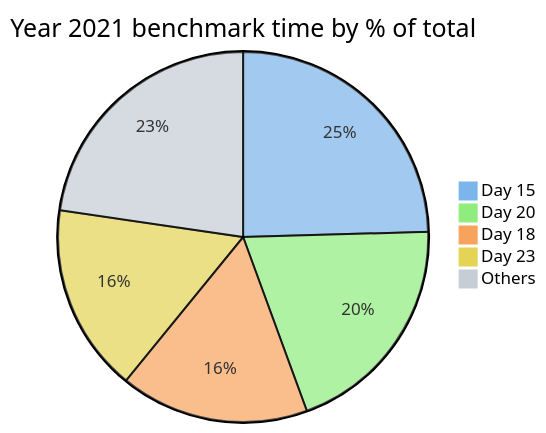
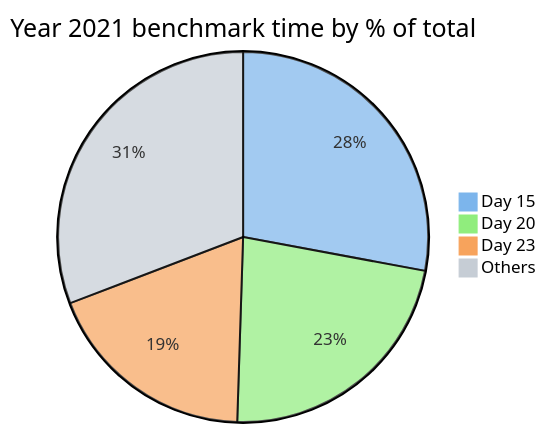
The third of 7 diagrams in README.md (maneatingape/advent-of-code-rust), drawn with Mermaid before and after one commit. The commit also changed other lines of this file and 1 other file, not shown here.

````diff
--- a/README.md
+++ b/README.md
@@ -121,10 +121,9 @@
 ```mermaid
-%%{init: {"themeVariables": { "pie1": "#7cb5ec", "pie2": "#90ed7d", "pie3": "#f7a35c", "pie4": "#e4d354", "pie5": "#c6cdd5"}}}%%
+%%{init: {"themeVariables": { "pie1": "#7cb5ec", "pie2": "#90ed7d", "pie3": "#f7a35c", "pie4": "#c6cdd5"}}}%%
 pie
     title Year 2021 benchmark time by % of total
     "Day 15" : 2567
     "Day 20" : 2075
-    "Day 18" : 1723
     "Day 23" : 1717
-    "Others" : 2371
+    "Others" : 2832
 ```
````
